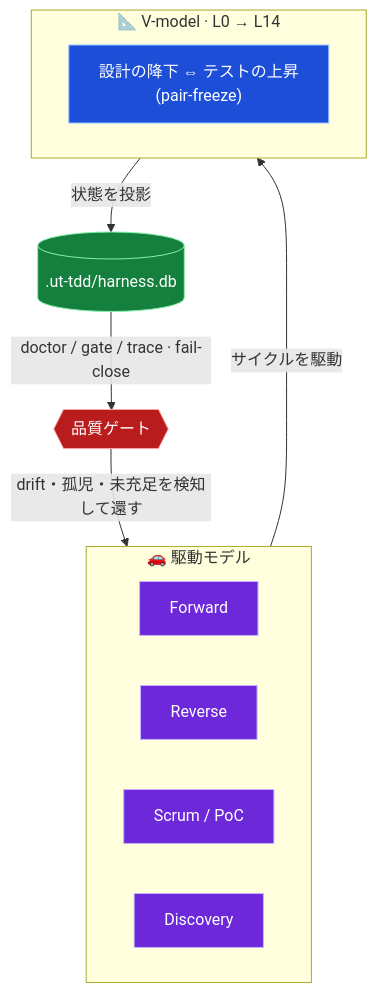
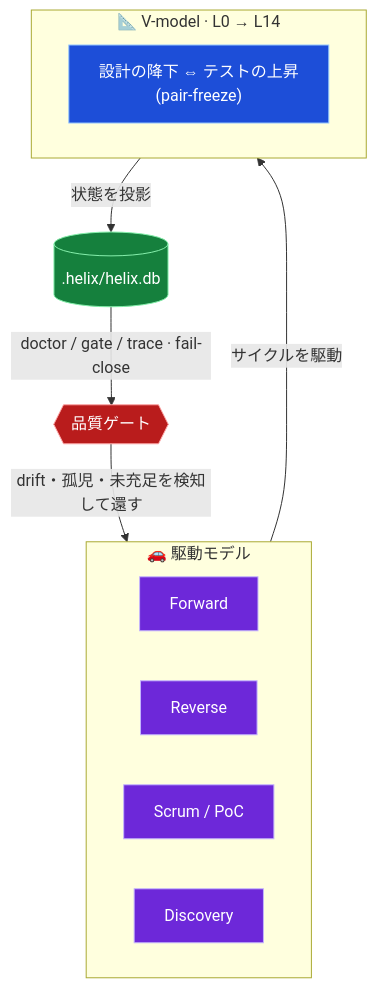
The second of 4 diagrams in README.md (RetryYN/HELIX-HARNESS), drawn with Mermaid before and after one commit. The commit also changed other lines of this file, not shown here.

First line of the commit message:
docs: rewrite README as HELIX-only

````diff
--- a/README.md
+++ b/README.md
@@ -136,26 +133,26 @@
 ```mermaid
 flowchart TB
     subgraph DRIVE["🚗 駆動モデル"]
         direction LR
         F["Forward"]
         RV["Reverse"]
         SC["Scrum / PoC"]
         DS["Discovery"]
     end
     subgraph VM["📐 V-model · L0 → L14"]
         L["設計の降下 ⇔ テストの上昇<br/>(pair-freeze)"]
     end
     DRIVE -->|サイクルを駆動| VM
-    VM -->|状態を投影| DB[(".ut-tdd/harness.db")]
+    VM -->|状態を投影| DB[(".helix/helix.db")]
     DB -->|"doctor / gate / trace · fail-close"| Q{{"品質ゲート"}}
     Q -->|"drift・孤児・未充足を検知して還す"| DRIVE
 
     classDef drive fill:#6d28d9,stroke:#c4b5fd,color:#fff;
     classDef vmodel fill:#1d4ed8,stroke:#93c5fd,color:#fff;
     classDef db fill:#15803d,stroke:#86efac,color:#fff;
     classDef gate fill:#b91c1c,stroke:#fca5a5,color:#fff;
     class F,RV,SC,DS drive;
     class L vmodel;
     class DB db;
     class Q gate;
 ```
````
